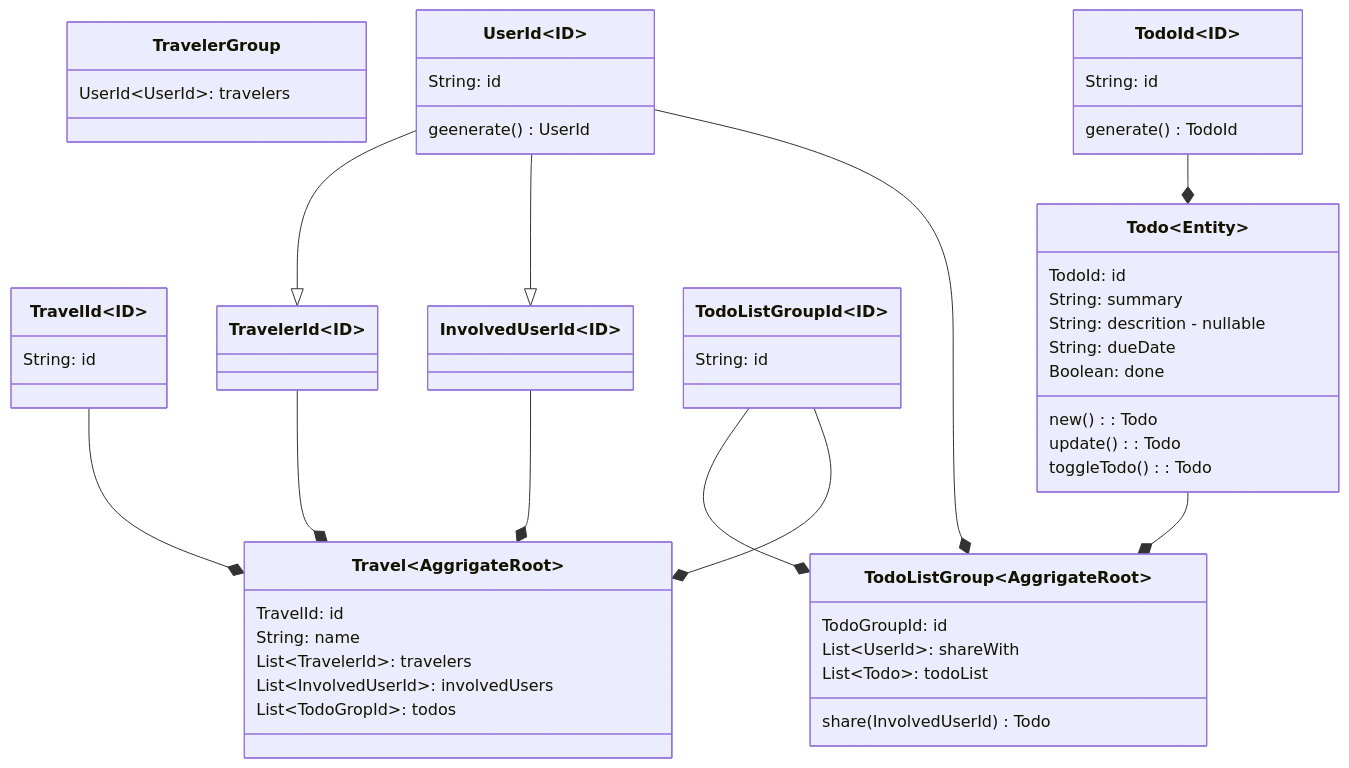
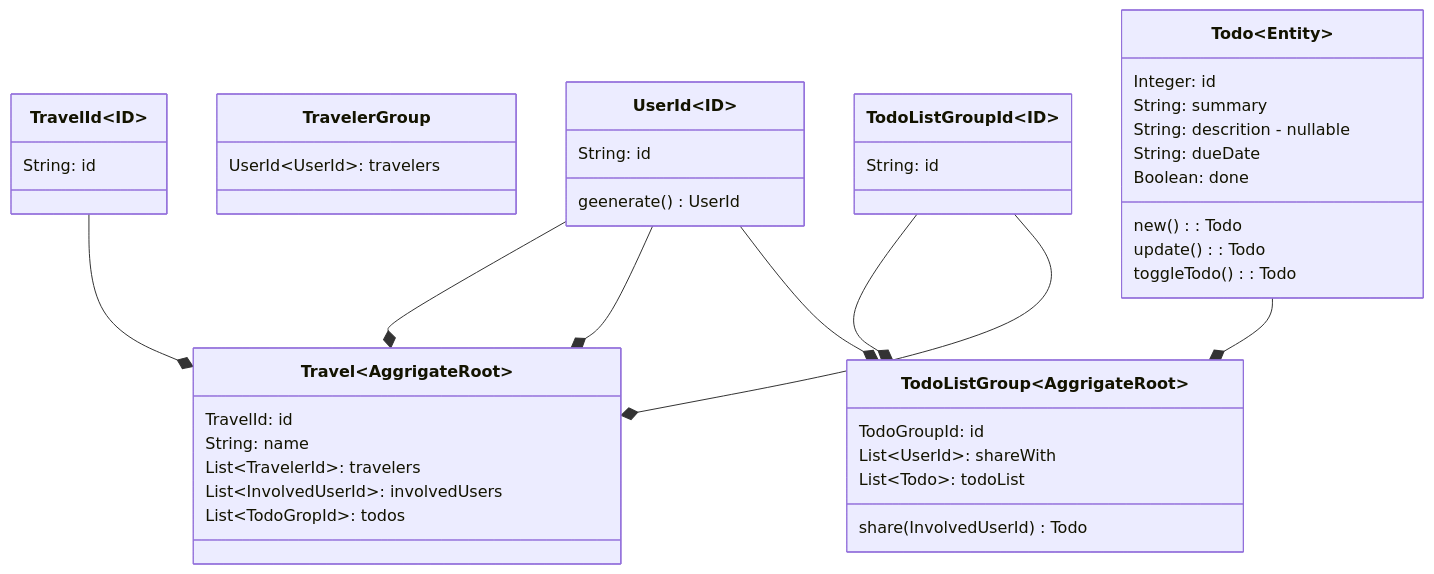
Before and after one commit to hitohata/WhereWereWe: the second of 2 diagrams in docs/project/docs/models/models.md, drawn with Mermaid. The commit also changed 18 other files, not shown here.

````diff
--- a/docs/project/docs/models/models.md
+++ b/docs/project/docs/models/models.md
@@ -25,67 +25,54 @@
 ```mermaid
 classDiagram
     class TravelId~ID~ {
         String: id
     }
     
     class Travel~AggrigateRoot~ {
         TravelId: id
         String: name    
         List~TravelerId~: travelers
         List~InvolvedUserId~: involvedUsers
         List~TodoGropId~: todos
     }
     
     class TravelerGroup {
         UserId~UserId~: travelers
     }
     
     class UserId~ID~ {
         String: id
         geenerate() UserId
     }
     
-    class TravelerId~ID~ {
-    }
-    
-    class InvolvedUserId~ID~ {
-    }    
-    
     class TodoListGroupId~ID~ {
         String: id
     }
     
     class TodoListGroup~AggrigateRoot~ {
         TodoGroupId: id
         List~UserId~: shareWith
         List~Todo~: todoList
         share(InvolvedUserId) Todo
     }
     
-    class TodoId~ID~ {
-        String: id
-        generate() TodoId
-    }
-    
     class Todo~Entity~ {
-        TodoId: id
+        Integer: id
         String: summary
         String: descrition - nullable
         String: dueDate
         Boolean: done
         new(): Todo
         update(): Todo
         toggleTodo(): Todo
     }
 
-    UserId --|> TravelerId
-    UserId --|> InvolvedUserId
     TravelId --* Travel
-    TravelerId --* Travel
-    InvolvedUserId --* Travel
+    UserId --* Travel
+    
+    UserId --* Travel
     Todo --* TodoListGroup
     TodoListGroupId --* TodoListGroup
     UserId --* TodoListGroup
     TodoListGroupId --* Travel
-    TodoId --* Todo
 ```
````
